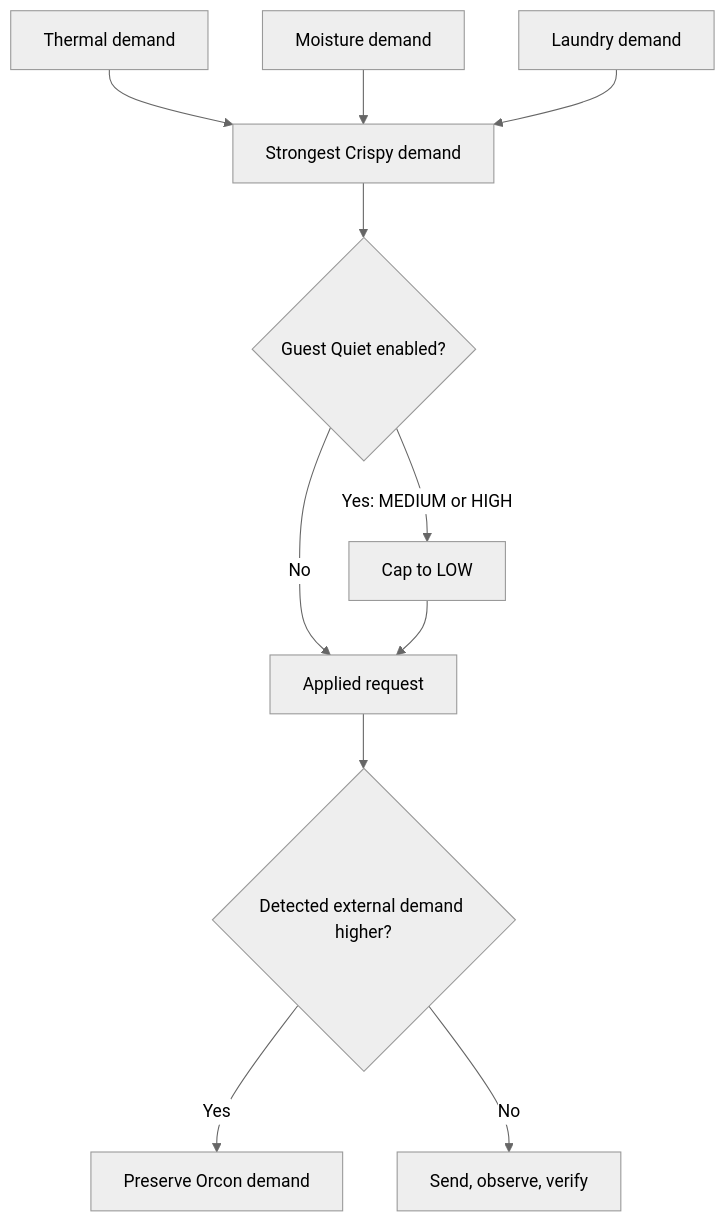
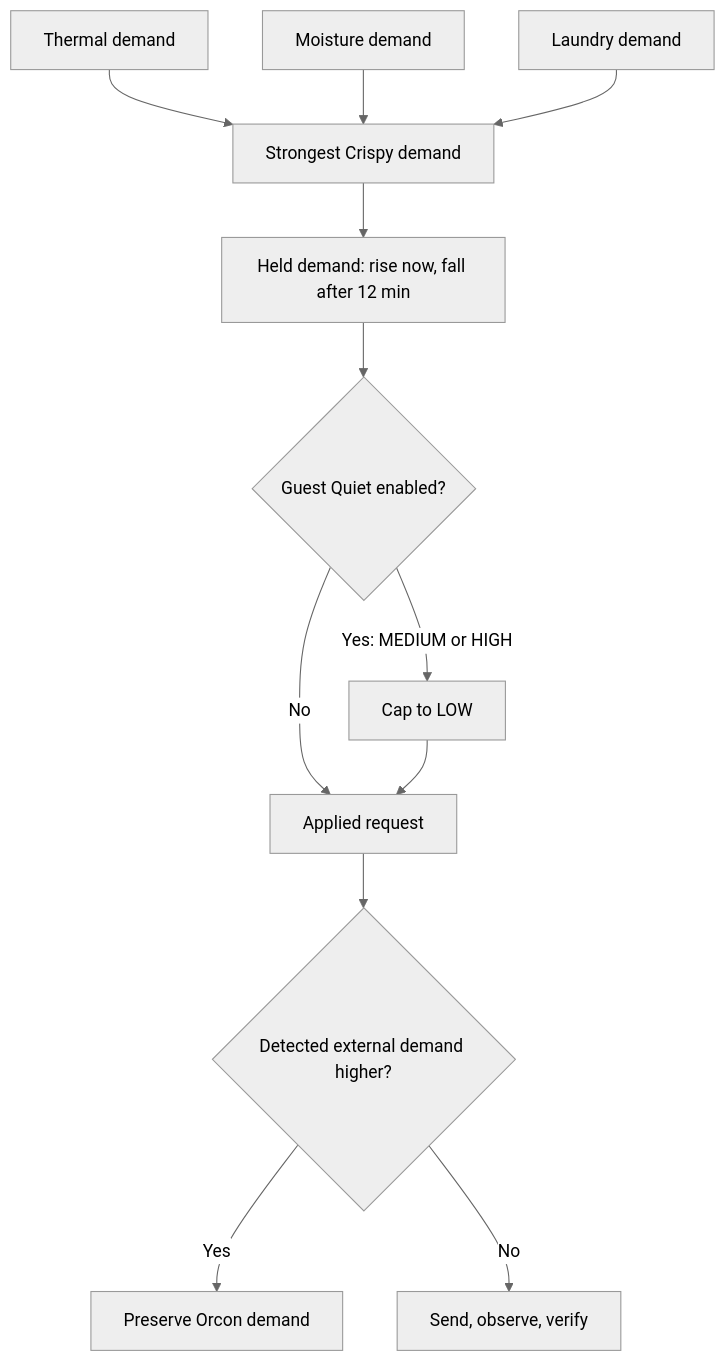
Before and after one commit to Sidlegionair/crispy: the second of 2 diagrams in README.md, drawn with Mermaid (neutral theme). The commit also changed other lines of this file and 2 other files, not shown here.

Commit message:
Add control smoothing and timed quiet mode

````diff
--- a/README.md
+++ b/README.md
@@ -35,13 +35,14 @@
 ```mermaid
 flowchart TD
     T[Thermal demand] --> A["Strongest Crispy demand"]
     M[Moisture demand] --> A
     L[Laundry demand] --> A
-    A --> Q{"Guest Quiet enabled?"}
+    A --> H["Held demand: rise now, fall after 12 min"]
+    H --> Q{"Guest Quiet enabled?"}
     Q -->|No| R["Applied request"]
     Q -->|"Yes: MEDIUM or HIGH"| C["Cap to LOW"]
     C --> R
     R --> E{"Detected external demand higher?"}
     E -->|Yes| P["Preserve Orcon demand"]
     E -->|No| X["Send, observe, verify"]
 ```
````
